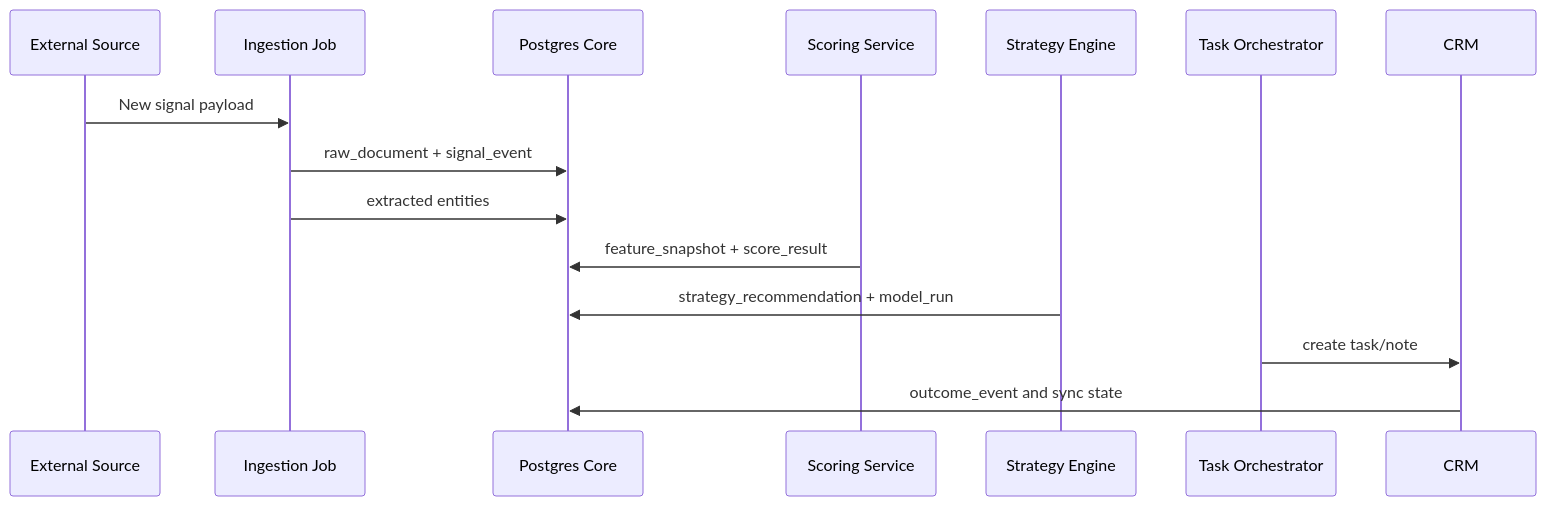
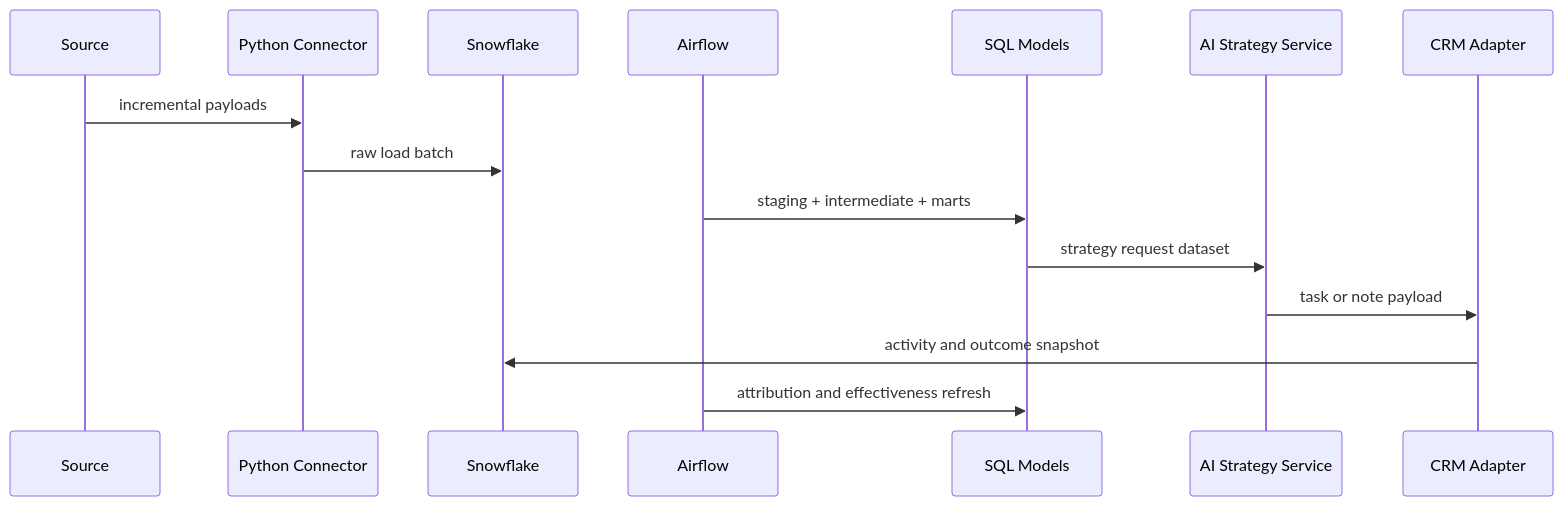
Before and after one commit to yghias/dealflow-ai-engine: the second of 2 diagrams in ARCHITECTURE.md, drawn with Mermaid. The commit also changed other lines of this file and 82 other files, not shown here.

Commit message:
Refactor repository for SQL-first platform architecture

````diff
--- a/ARCHITECTURE.md
+++ b/ARCHITECTURE.md
@@ -98,18 +76,18 @@
 ```mermaid
 sequenceDiagram
-    participant Source as External Source
-    participant Ingest as Ingestion Job
-    participant Core as Postgres Core
-    participant Score as Scoring Service
-    participant LLM as Strategy Engine
-    participant Orchestrator as Task Orchestrator
-    participant CRM as CRM
+    participant Source as Source
+    participant Connector as Python Connector
+    participant Snowflake as Snowflake
+    participant Airflow as Airflow
+    participant SQL as SQL Models
+    participant AI as AI Strategy Service
+    participant CRM as CRM Adapter
 
-    Source->>Ingest: New signal payload
-    Ingest->>Core: raw_document + signal_event
-    Ingest->>Core: extracted entities
-    Score->>Core: feature_snapshot + score_result
-    LLM->>Core: strategy_recommendation + model_run
-    Orchestrator->>CRM: create task/note
-    CRM->>Core: outcome_event and sync state
+    Source->>Connector: incremental payloads
+    Connector->>Snowflake: raw load batch
+    Airflow->>SQL: staging + intermediate + marts
+    SQL->>AI: strategy request dataset
+    AI->>CRM: task or note payload
+    CRM->>Snowflake: activity and outcome snapshot
+    Airflow->>SQL: attribution and effectiveness refresh
 ```
````
